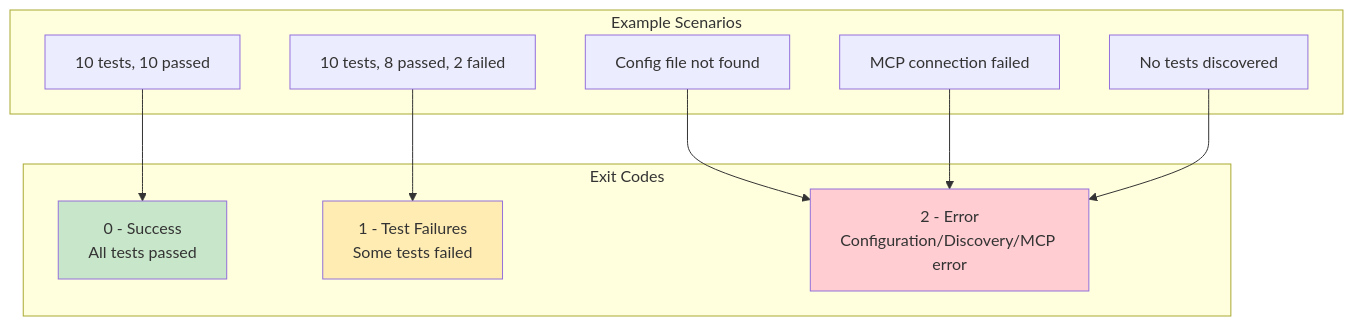
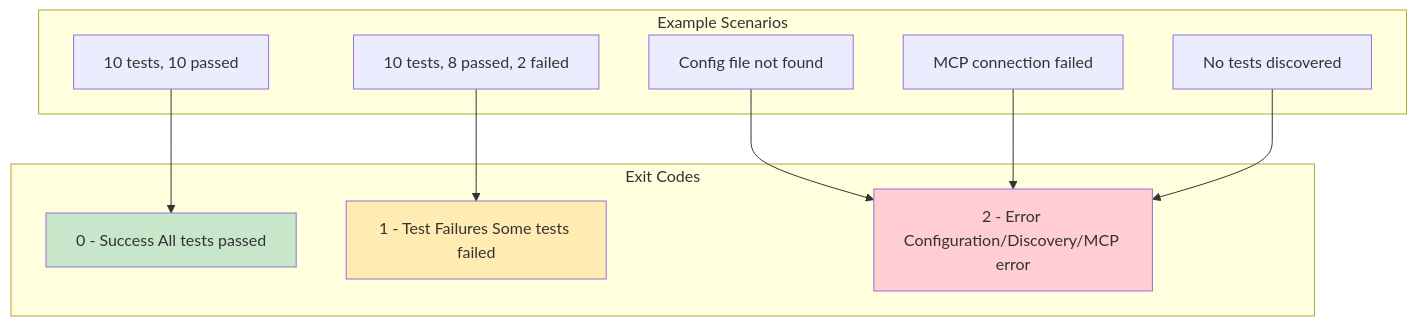
Before and after one commit to softwarewrighter/ui-test-rs: the fifth of 6 diagrams in wiki/CLI-Interface.md, drawn with Mermaid. The commit also changed other lines of this file and 10 other files, not shown here.

First line of the commit message:
Fix wiki Mermaid diagrams: remove <br/> tags

````diff
--- a/wiki/CLI-Interface.md
+++ b/wiki/CLI-Interface.md
@@ -314,26 +314,26 @@
 ```mermaid
 graph TB
     subgraph ExitCodes["Exit Codes"]
-        E0[0 - Success<br/>All tests passed]
-        E1[1 - Test Failures<br/>Some tests failed]
-        E2[2 - Error<br/>Configuration/Discovery/MCP error]
+        E0[0 - Success All tests passed]
+        E1[1 - Test Failures Some tests failed]
+        E2[2 - Error Configuration/Discovery/MCP error]
     end
 
     subgraph Scenarios["Example Scenarios"]
         S1[10 tests, 10 passed]
         S2[10 tests, 8 passed, 2 failed]
         S3[Config file not found]
         S4[MCP connection failed]
         S5[No tests discovered]
     end
 
     S1 --> E0
     S2 --> E1
     S3 --> E2
     S4 --> E2
     S5 --> E2
 
     style E0 fill:#c8e6c9
     style E1 fill:#ffecb3
     style E2 fill:#ffcdd2
 ```
````
